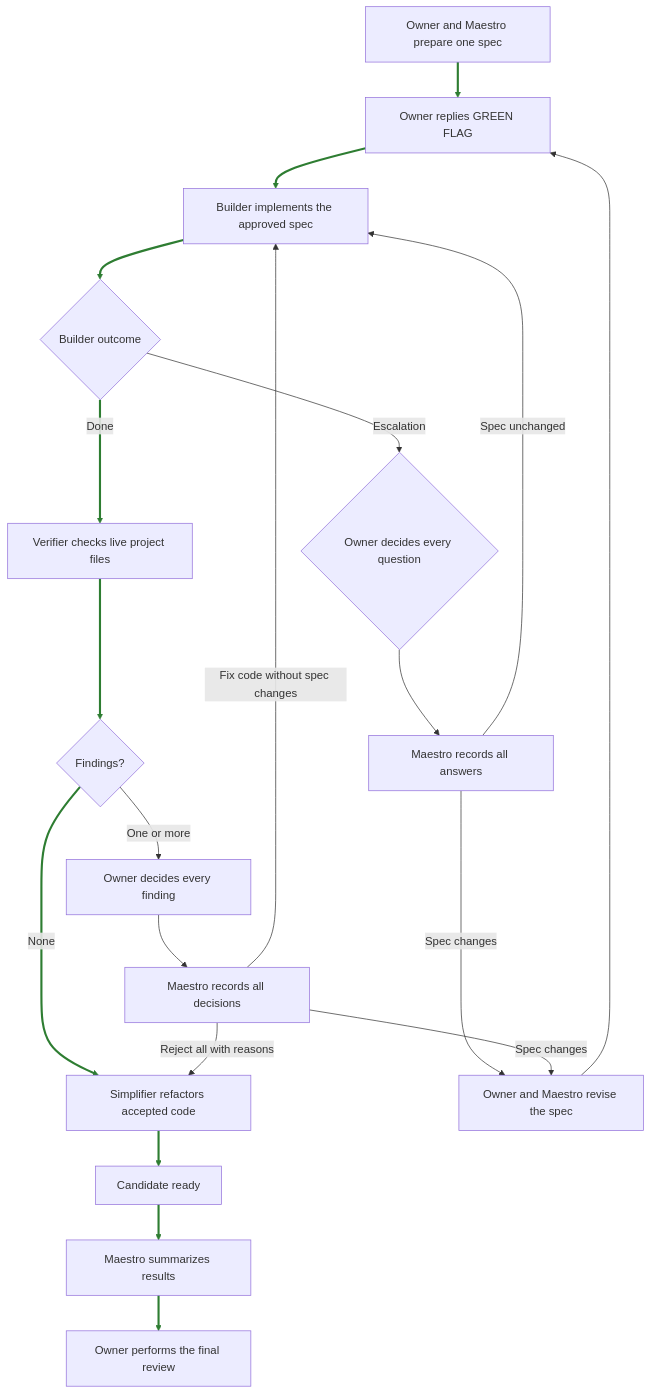
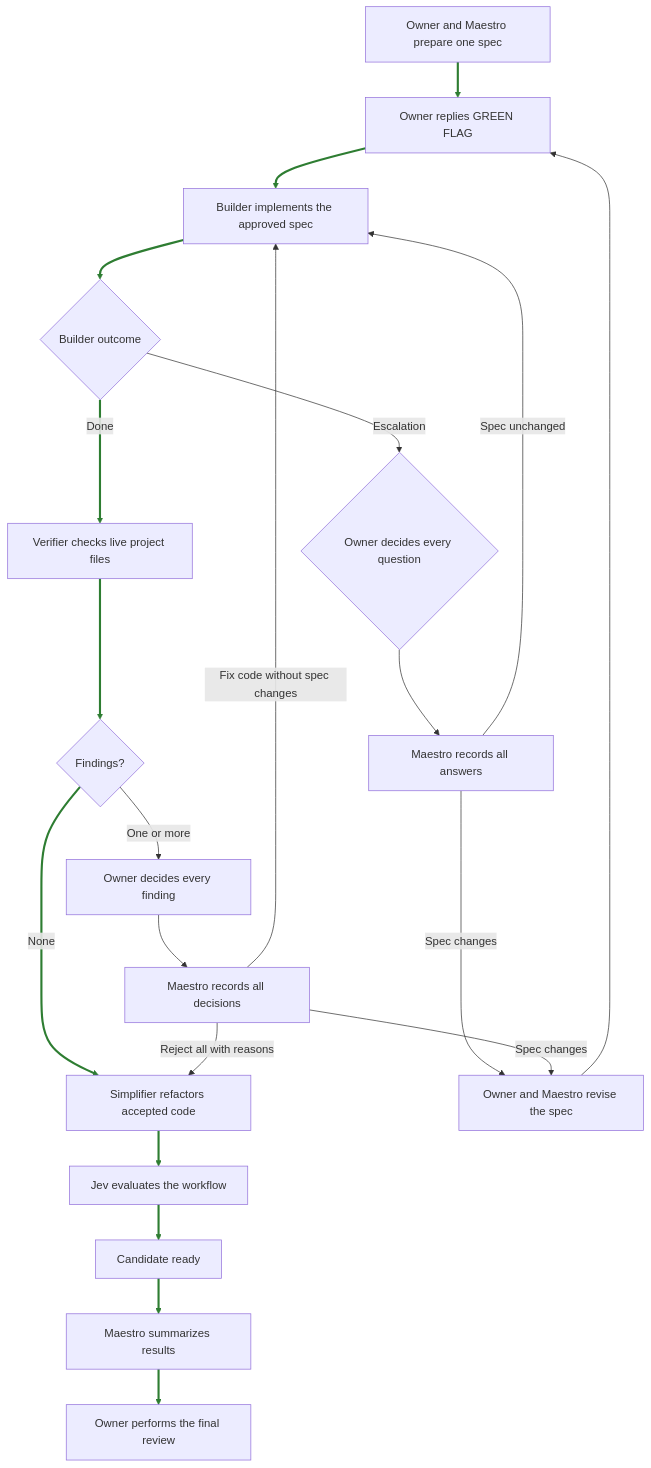
Before and after one commit to emilioSp/pi-maestro: the diagram in docs/workflow.md, drawn with Mermaid. The commit also changed other lines of this file and 2 other files, not shown here.

````diff
--- a/docs/workflow.md
+++ b/docs/workflow.md
@@ -56,33 +56,35 @@
 ```mermaid
 flowchart TD
     spec[Owner and Maestro prepare one spec]
     approval[Owner replies GREEN FLAG]
     build[Builder implements the approved spec]
     buildOutcome{Builder outcome}
     verify[Verifier checks live project files]
     findings{Findings?}
     simplify[Simplifier refactors accepted code]
+    evaluate[Jev evaluates the workflow]
     candidate[Candidate ready]
     summary[Maestro summarizes results]
     review[Owner performs the final review]
     spec --> approval
     approval --> build
     build --> buildOutcome
     buildOutcome -->|Done| verify
     verify --> findings
     findings -->|None| simplify
     buildOutcome -->|Escalation| ownerEscalation{Owner decides every question}
     ownerEscalation --> recordEscalation[Maestro records all answers]
     recordEscalation -->|Spec unchanged| build
     recordEscalation -->|Spec changes| reviseSpec[Owner and Maestro revise the spec]
     reviseSpec --> approval
     findings -->|One or more| ownerFindings[Owner decides every finding]
     ownerFindings --> recordFindings[Maestro records all decisions]
     recordFindings -->|Reject all with reasons| simplify
     recordFindings -->|Fix code without spec changes| build
     recordFindings -->|Spec changes| reviseSpec
-    simplify --> candidate
+    simplify --> evaluate
+    evaluate --> candidate
     candidate --> summary
     summary --> review
-    linkStyle 0,1,2,3,4,5,16,17,18 stroke: #2e7d32, stroke-width: 3px
+    linkStyle 0,1,2,3,4,5,16,17,18,19 stroke: #2e7d32, stroke-width: 3px
 ```
````
